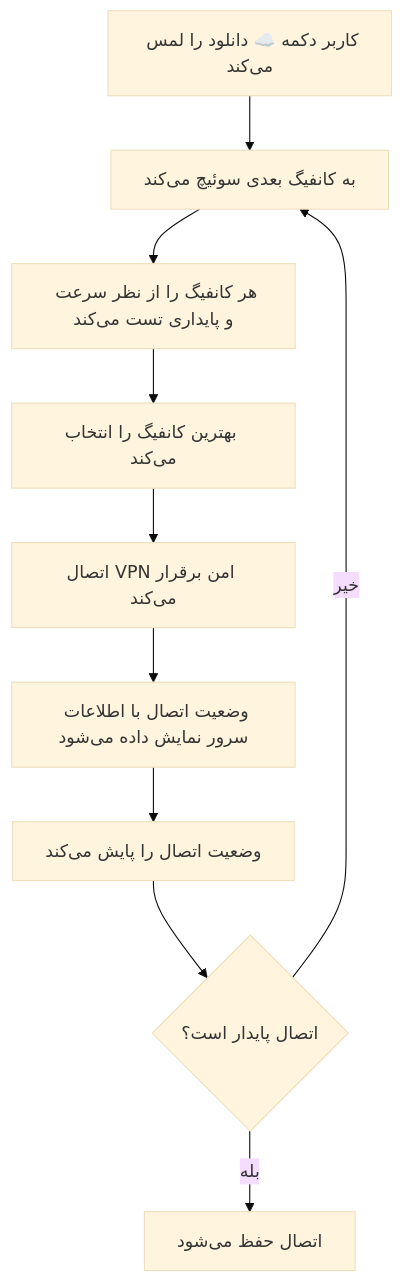
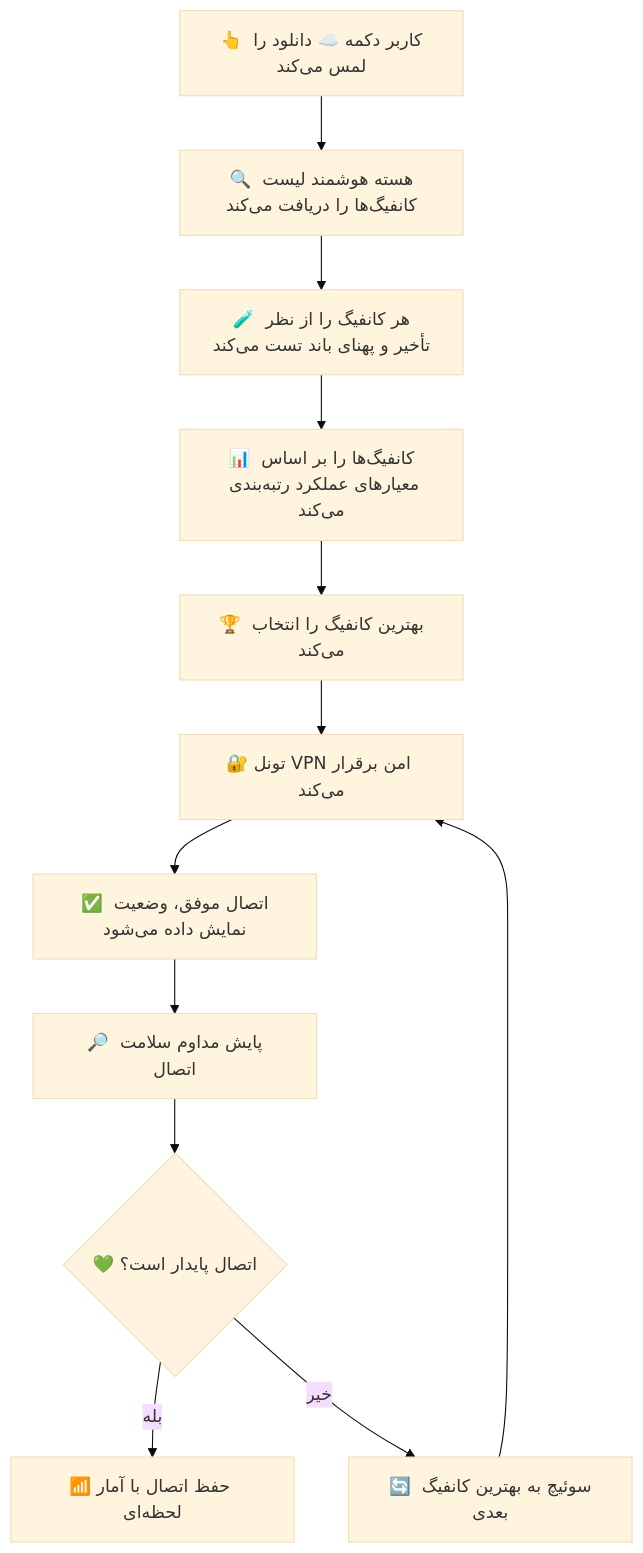
One commit to THE-SAZ/Hamed-VPN changed the second of 2 diagrams in README.md. Above: the diagram before and after it, drawn with Mermaid (base theme). The commit also changed other lines of this file, not shown here.

````diff
--- a/README.md
+++ b/README.md
@@ -284,12 +675,14 @@
 ```mermaid
 graph TD
-    A[کاربر دکمه ☁️ دانلود را لمس می‌کند] --> B[هسته هوشمند کانفیگ‌ها را استخراج می‌کند]
-    B --> C[هر کانفیگ را از نظر سرعت و پایداری تست می‌کند]
-    C --> D[بهترین کانفیگ را انتخاب می‌کند]
-    D --> E[اتصال VPN امن برقرار می‌کند]
-    E --> F[وضعیت اتصال با اطلاعات سرور نمایش داده می‌شود]
-    F --> G[وضعیت اتصال را پایش می‌کند]
-    G --> H{اتصال پایدار است؟}
-    H -->|بله| I[اتصال حفظ می‌شود]
-    H -->|خیر| B[به کانفیگ بعدی سوئیچ می‌کند]
+    A[👆 کاربر دکمه ☁️ دانلود را لمس می‌کند] --> B[🔍 هسته هوشمند لیست کانفیگ‌ها را دریافت می‌کند]
+    B --> C[🧪 هر کانفیگ را از نظر تأخیر و پهنای باند تست می‌کند]
+    C --> D[📊 کانفیگ‌ها را بر اساس معیارهای عملکرد رتبه‌بندی می‌کند]
+    D --> E[🏆 بهترین کانفیگ را انتخاب می‌کند]
+    E --> F[🔐 تونل VPN امن برقرار می‌کند]
+    F --> G[✅ اتصال موفق، وضعیت نمایش داده می‌شود]
+    G --> H[🔎 پایش مداوم سلامت اتصال]
+    H --> I{💚 اتصال پایدار است؟}
+    I -->|بله| J[📶 حفظ اتصال با آمار لحظه‌ای]
+    I -->|خیر| K[🔄 سوئیچ به بهترین کانفیگ بعدی]
+    K --> F
 ```
````
